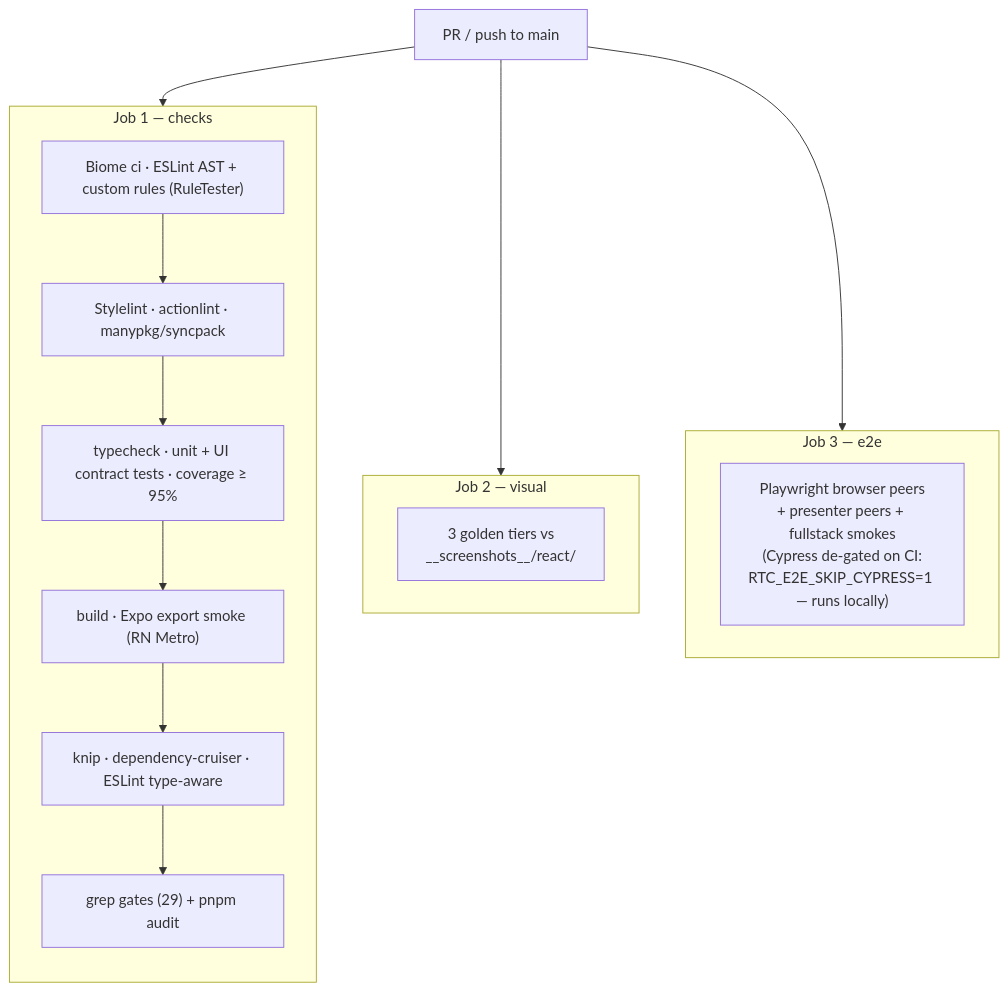
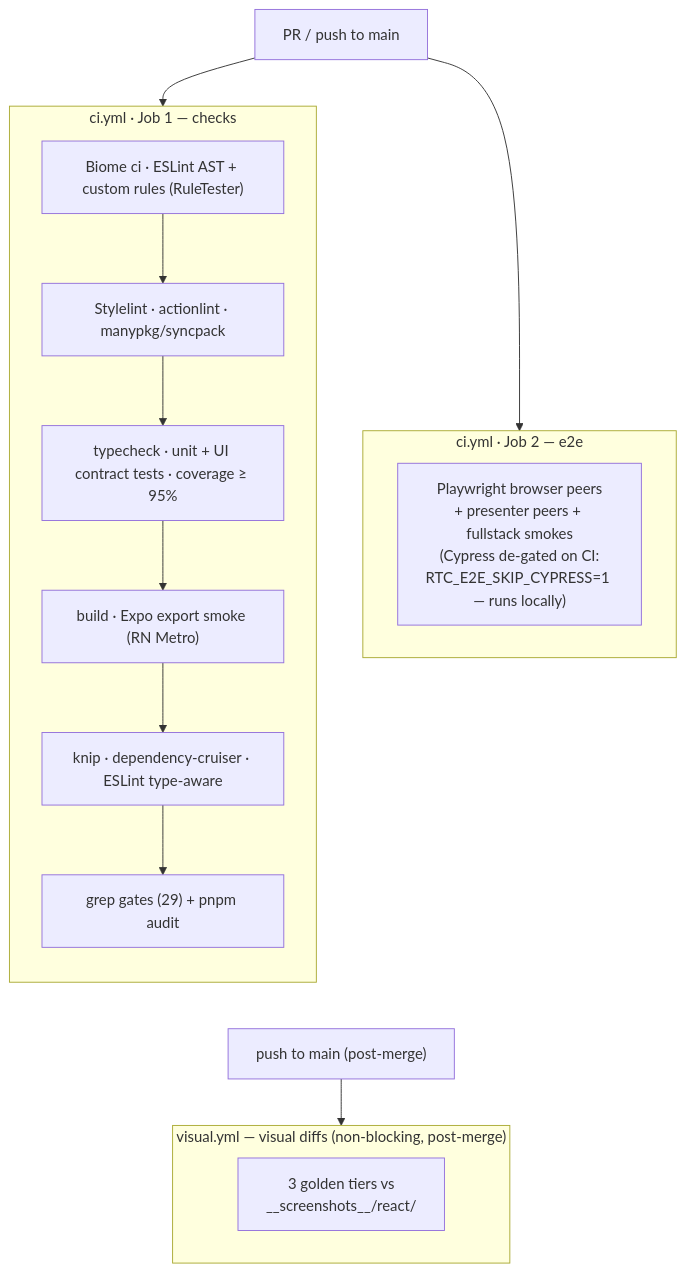
The diagram in docs/architecture/09-test-strategy.md (bettersoftware-io/ReactiveTraderCloudClone), drawn with Mermaid before and after one commit. The commit also changed other lines of this file and 2 other files, not shown here.

Commit message:
docs(visual): reflect post-merge visual gate across ADR-001 + test-strategy
The visual-diff job moved out of ci.yml (PR gate) into visual.yml (post-merge on
push:main + workflow_dispatch) — see the sibling ci(visual) change, PR #158.
Update the docs that still described it as a PR/CI gate:

- 09-test-strategy §9.10: intro + CI-gauntlet Mermaid diagram now show two
  blocking ci.yml jobs (checks, e2e) plus a separate non-blocking post-merge
  visual.yml lane. Added the "restore as a PR gate" recipe (move job back +
  re-add the required check — both halves).
- ADR-001 "Escape hatch" → "Off-PR gate (taken 2026-07-10)": records that
  lever 2 was actually taken (stronger form), keeps the two remaining levers and
  the reverse recipe.
- tooling-roadmap §3: add visual.yml to the actionlint-covered workflow list.

Claude-Session: https://claude.ai/code/session_014rtRqpHMj74ZuQh7wNB2Dv

````diff
--- a/docs/architecture/09-test-strategy.md
+++ b/docs/architecture/09-test-strategy.md
@@ -160,22 +160,25 @@
 ```mermaid
 flowchart TD
     trigger["PR / push to main"]
     trigger --> checks
-    trigger --> visual
     trigger --> e2e
-    subgraph checks["Job 1 — checks"]
+    subgraph checks["ci.yml · Job 1 — checks"]
         direction TB
         c1["Biome ci · ESLint AST + custom rules (RuleTester)"]
         c1 --> c3["Stylelint · actionlint · manypkg/syncpack"]
         c3 --> c4["typecheck · unit + UI contract tests · coverage ≥ 95%"]
         c4 --> c6["build · Expo export smoke (RN Metro)"]
         c6 --> c7["knip · dependency-cruiser · ESLint type-aware"]
         c7 --> c8["grep gates (29) + pnpm audit"]
     end
-    subgraph visual["Job 2 — visual"]
+    subgraph e2e["ci.yml · Job 2 — e2e"]
+        e1["Playwright browser peers<br/>+ presenter peers + fullstack smokes<br/>(Cypress de-gated on CI:<br/>RTC_E2E_SKIP_CYPRESS=1 — runs locally)"]
+    end
+    checks ~~~ postmerge
+    e2e ~~~ postmerge
+    postmerge["push to main (post-merge)"]
+    postmerge --> visual
+    subgraph visual["visual.yml — visual diffs (non-blocking, post-merge)"]
         v1["3 golden tiers vs<br/>__screenshots__/react/"]
     end
-    subgraph e2e["Job 3 — e2e"]
-        e1["Playwright browser peers<br/>+ presenter peers + fullstack smokes<br/>(Cypress de-gated on CI:<br/>RTC_E2E_SKIP_CYPRESS=1 — runs locally)"]
-    end
 ```
````
